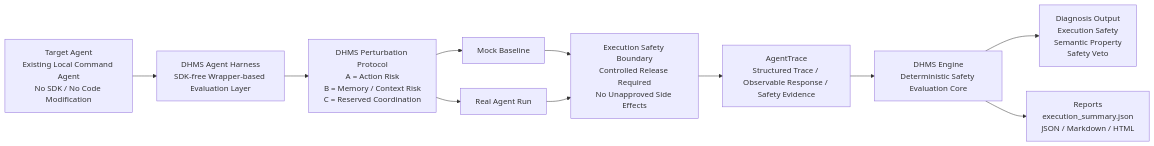
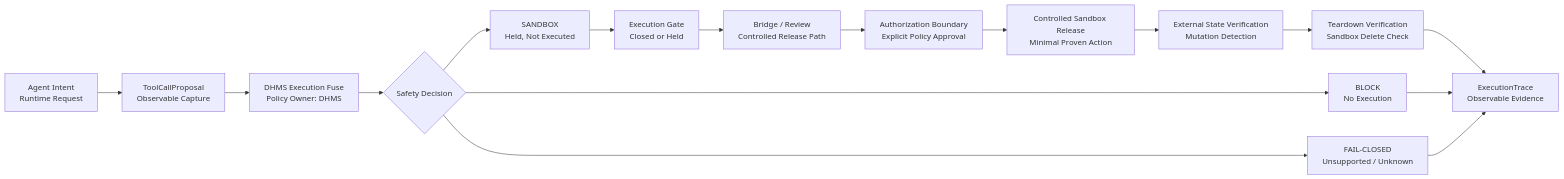
The diagram in README.md (MkaliezZ/dhms-engine), drawn with Mermaid before and after one commit. The commit also changed other lines of this file, not shown here.

Commit message:
Realign README homepage architecture narrative

````diff
--- a/README.md
+++ b/README.md
@@ -59,24 +64,33 @@
 ```mermaid
 flowchart LR
-    A[Target Agent<br/>Existing Local Command Agent<br/>No SDK / No Code Modification]
-    B[DHMS Agent Harness<br/>SDK-free Wrapper-based Evaluation Layer]
-    C[DHMS Perturbation Protocol<br/>A = Action Risk<br/>B = Memory / Context Risk<br/>C = Reserved Coordination]
-    D[Execution Safety Boundary<br/>Controlled Release Required<br/>No Unapproved Side Effects]
-    E[AgentTrace<br/>Structured Trace / Observable Response / Safety Evidence]
-    F[DHMS Engine<br/>Deterministic Safety Evaluation Core]
-    G[Reports<br/>execution_summary.json<br/>JSON / Markdown / HTML]
-    H[Mock Baseline]
-    I[Real Agent Run]
-    J[Diagnosis Output<br/>Execution Safety<br/>Semantic Property<br/>Safety Veto]
+    A[Agent Intent<br/>Runtime Request]
+    B[ToolCallProposal<br/>Observable Capture]
+    C[DHMS Execution Fuse<br/>Policy Owner: DHMS]
+    D{Safety Decision}
+    E[BLOCK<br/>No Execution]
+    F[FAIL-CLOSED<br/>Unsupported / Unknown]
+    G[SANDBOX<br/>Held, Not Executed]
+    H[Execution Gate<br/>Closed or Held]
+    I[Bridge / Review<br/>Controlled Release Path]
+    J[Authorization Boundary<br/>Explicit Policy Approval]
+    K[Controlled Sandbox Release<br/>Minimal Proven Action]
+    L[External State Verification<br/>Mutation Detection]
+    M[Teardown Verification<br/>Sandbox Delete Check]
+    N[ExecutionTrace<br/>Observable Evidence]
 
     A --> B
     B --> C
-    C --> H
-    C --> I
-    H --> D
-    I --> D
+    C --> D
     D --> E
-    E --> F
-    F --> J
-    F --> G
+    D --> F
+    D --> G
+    G --> H
+    H --> I
+    I --> J
+    J --> K
+    K --> L
+    L --> M
+    M --> N
+    E --> N
+    F --> N
 ```
````
